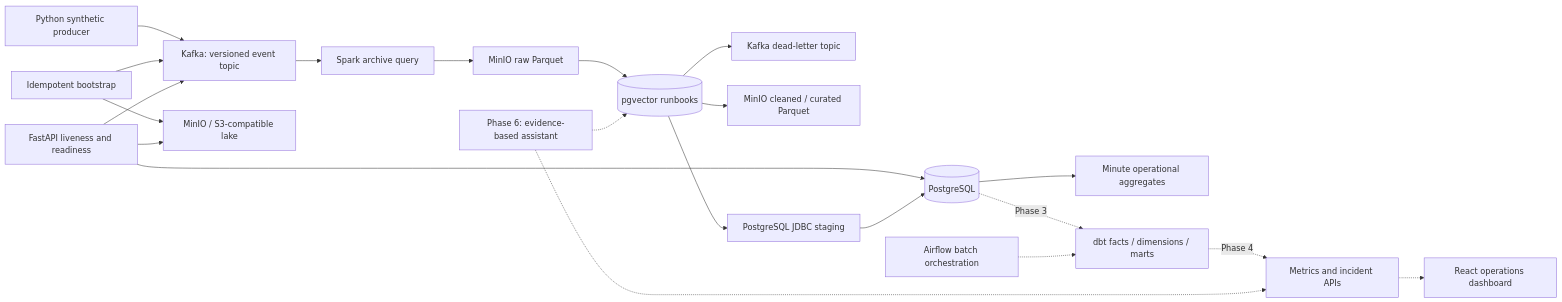
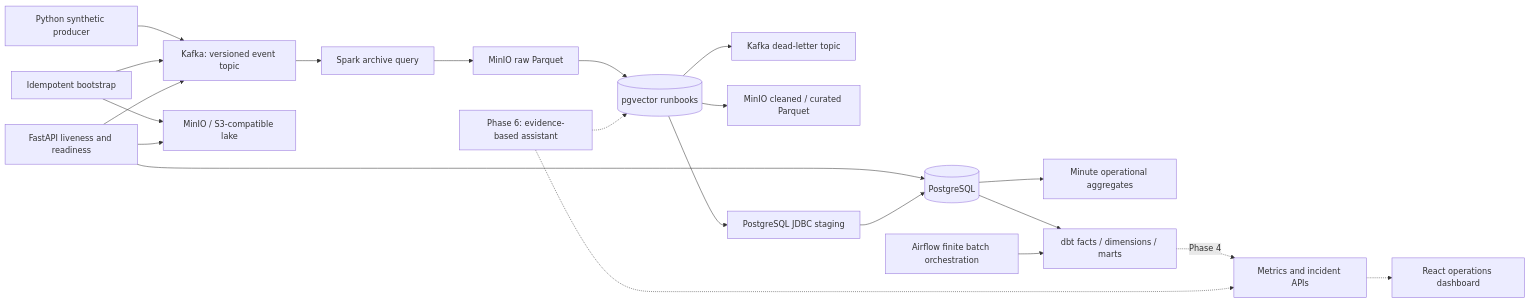
One commit to kanishk-sc/pulseforge changed the diagram in README.md. Above: the diagram before and after it, drawn with Mermaid. The commit also changed other lines of this file and 4 other files, not shown here.

````diff
--- a/README.md
+++ b/README.md
@@ -29,23 +30,23 @@
 ```mermaid
 flowchart LR
     P[Python synthetic producer] --> K[Kafka: versioned event topic]
     B[Idempotent bootstrap] --> K
     B --> L[MinIO / S3-compatible lake]
     A[FastAPI liveness and readiness] --> K
     A --> L
     A --> W[(PostgreSQL)]
     K --> S[Spark archive query]
     S --> RAW[MinIO raw Parquet]
     RAW --> V[Spark validation and event-time deduplication]
     V --> D[Kafka dead-letter topic]
     V --> C[MinIO cleaned / curated Parquet]
     V --> ST[PostgreSQL JDBC staging]
     ST --> W
     W --> M[Minute operational aggregates]
-    W -. Phase 3 .-> DBT[dbt facts / dimensions / marts]
-    AF[Airflow batch orchestration] -.-> DBT
+    W --> DBT[dbt facts / dimensions / marts]
+    AF[Airflow finite batch orchestration] --> DBT
     DBT -. Phase 4 .-> API[Metrics and incident APIs]
     API -.-> UI[React operations dashboard]
     RAG[Phase 6: evidence-based assistant] -.-> API
     RAG -.-> V[(pgvector runbooks)]
 ```
````
